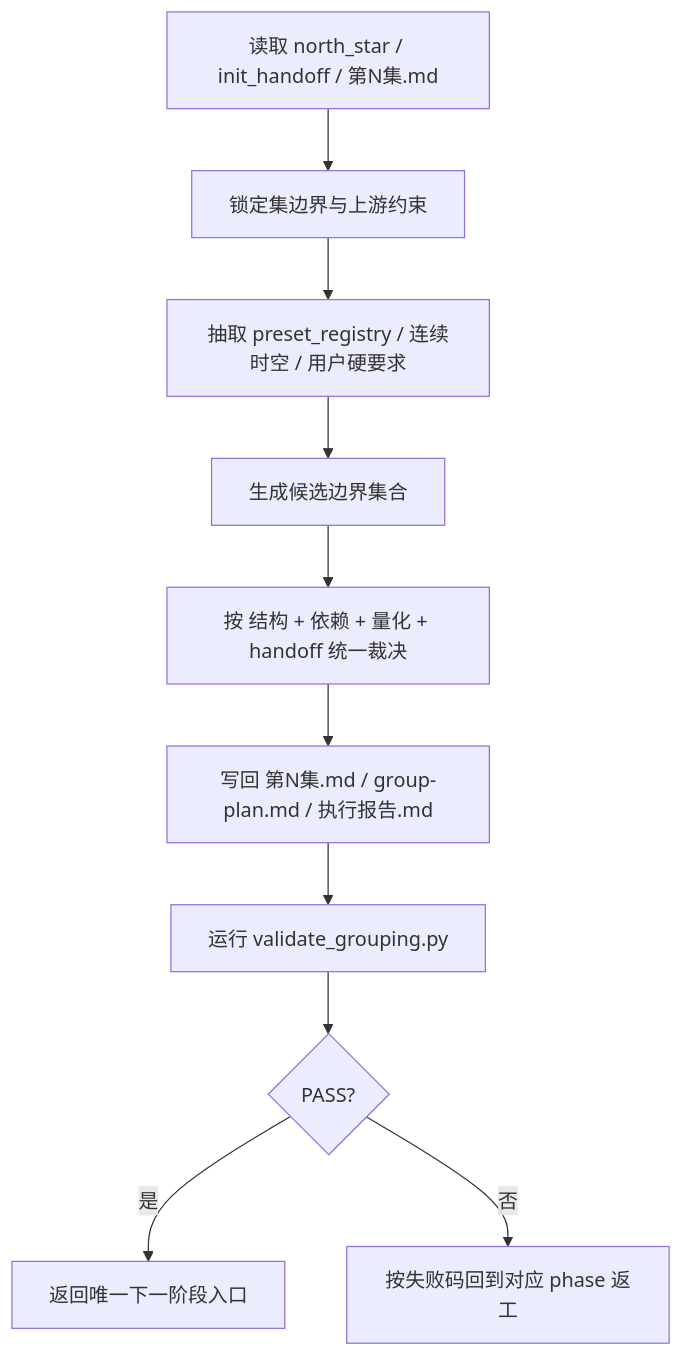
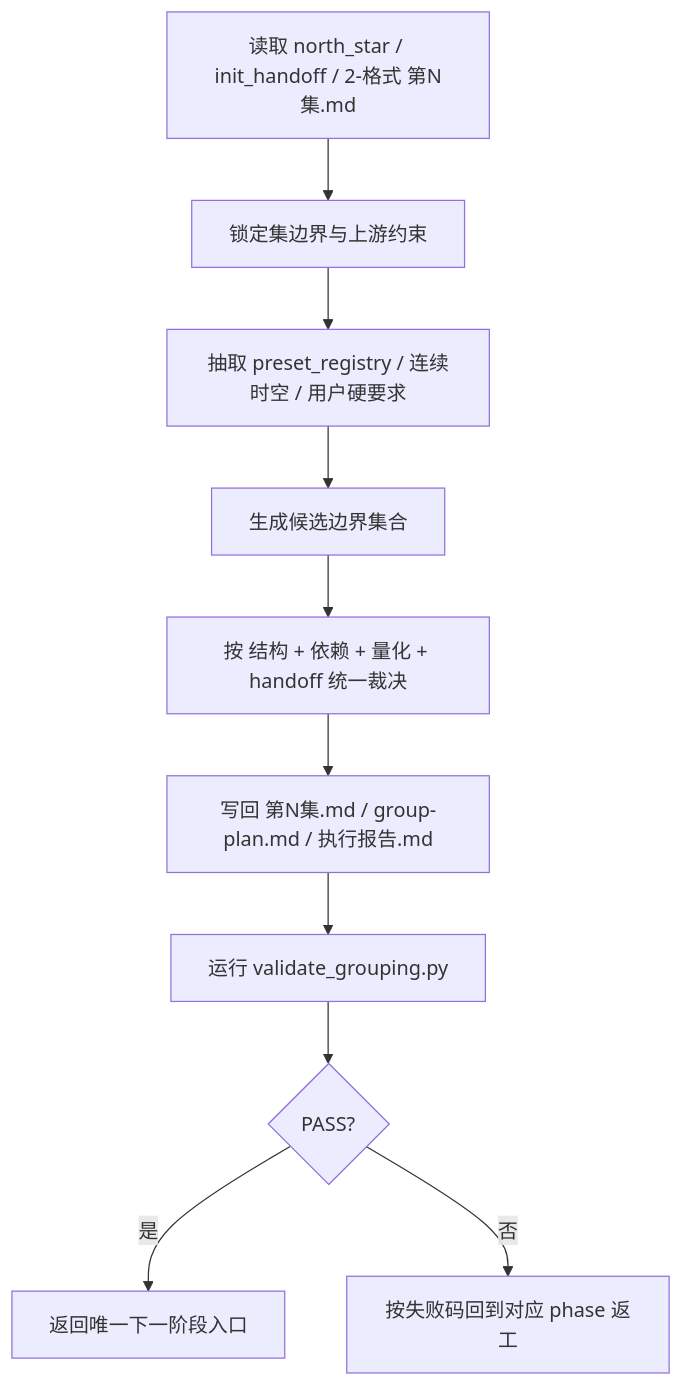
Before and after one commit to ZEN-VOID/AI-CUT: the diagram in .agents/skills/aigc/1-规划/subtypes/3-分组/references/execution-flow.md, drawn with Mermaid. The commit also changed other lines of this file and 28 other files, not shown here.

````diff
--- a/.agents/skills/aigc/1-规划/subtypes/3-分组/references/execution-flow.md
+++ b/.agents/skills/aigc/1-规划/subtypes/3-分组/references/execution-flow.md
@@ -20,12 +20,12 @@
 ```mermaid
 flowchart TD
-    A["读取 north_star / init_handoff / 第N集.md"] --> B["锁定集边界与上游约束"]
+    A["读取 north_star / init_handoff / 2-格式 第N集.md"] --> B["锁定集边界与上游约束"]
     B --> C["抽取 preset_registry / 连续时空 / 用户硬要求"]
     C --> D["生成候选边界集合"]
     D --> E["按 结构 + 依赖 + 量化 + handoff 统一裁决"]
     E --> F["写回 第N集.md / group-plan.md / 执行报告.md"]
     F --> G["运行 validate_grouping.py"]
     G --> H{"PASS?"}
     H -->|"是"| I["返回唯一下一阶段入口"]
     H -->|"否"| J["按失败码回到对应 phase 返工"]
 ```
````
